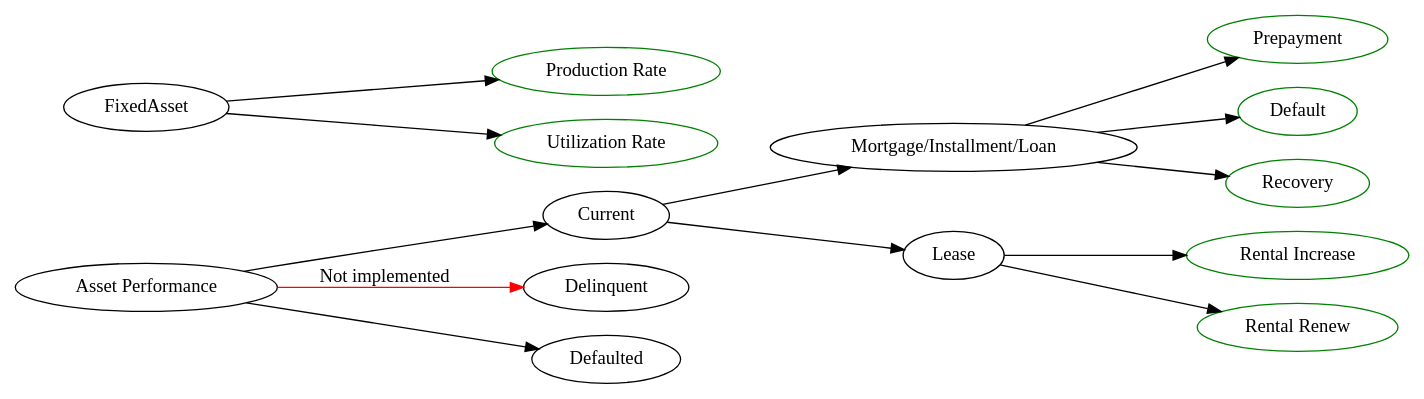
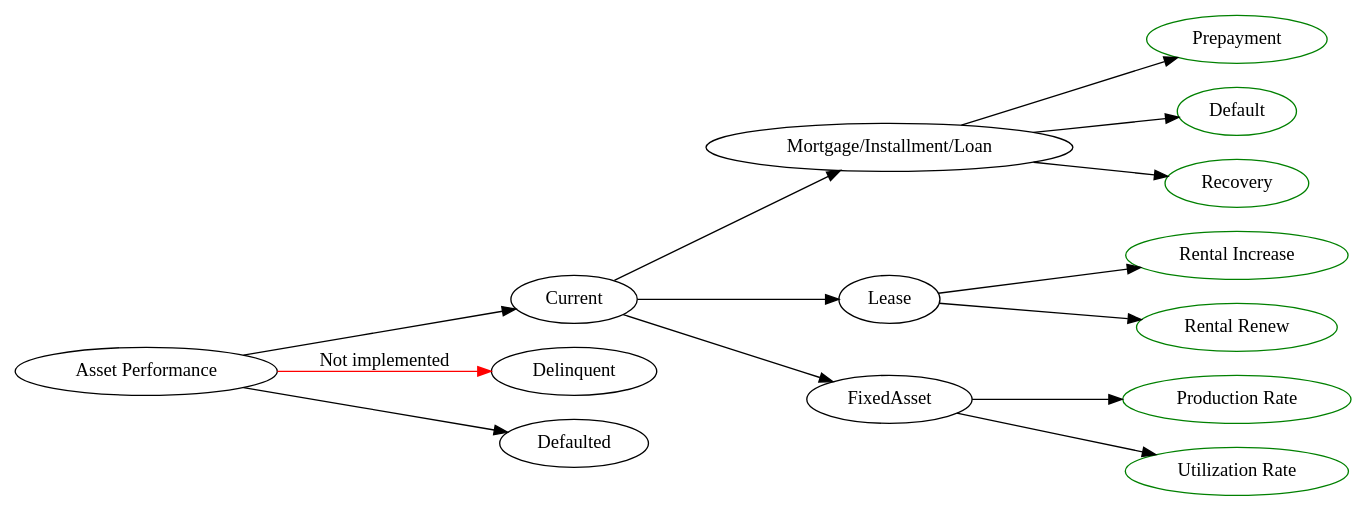
Before and after one commit to yellowbean/absbox-doc: the diagram in docs/source/analytics.rst, drawn with Graphviz.

```diff
--- a/docs/source/analytics.rst
+++ b/docs/source/analytics.rst
@@ -45,28 +45,29 @@
 .. graphviz::
     :name: sphinx.ext.graphviz
     :caption: pool assumption
     :alt: pool assumption
     :align: center
  
     digraph {
         rankdir = LR
         "Asset Performance" -> "Current"
         "Current" -> "Mortgage/Installment/Loan"
         "Mortgage/Installment/Loan" -> "Prepayment" 
         "Mortgage/Installment/Loan" -> "Default"
         "Mortgage/Installment/Loan" -> "Recovery"
         "Current" -> "Lease"
         "Lease" -> "Rental Increase"
         "Lease" -> "Rental Renew"
+        "Current" -> "FixedAsset"
         "FixedAsset" -> "Production Rate"
         "FixedAsset" -> "Utilization Rate"
         "Asset Performance" -> "Delinquent" [label="Not implemented","color"="red"]
         "Asset Performance" -> "Defaulted" 
         "Prepayment" ["color"="green"]
         "Default" ["color"="green"]
         "Recovery" ["color"="green"]
         "Rental Renew" ["color"="green"]
         "Rental Increase" ["color"="green"]
         "Production Rate" ["color"="green"]
         "Utilization Rate" ["color"="green"]
     }
```
